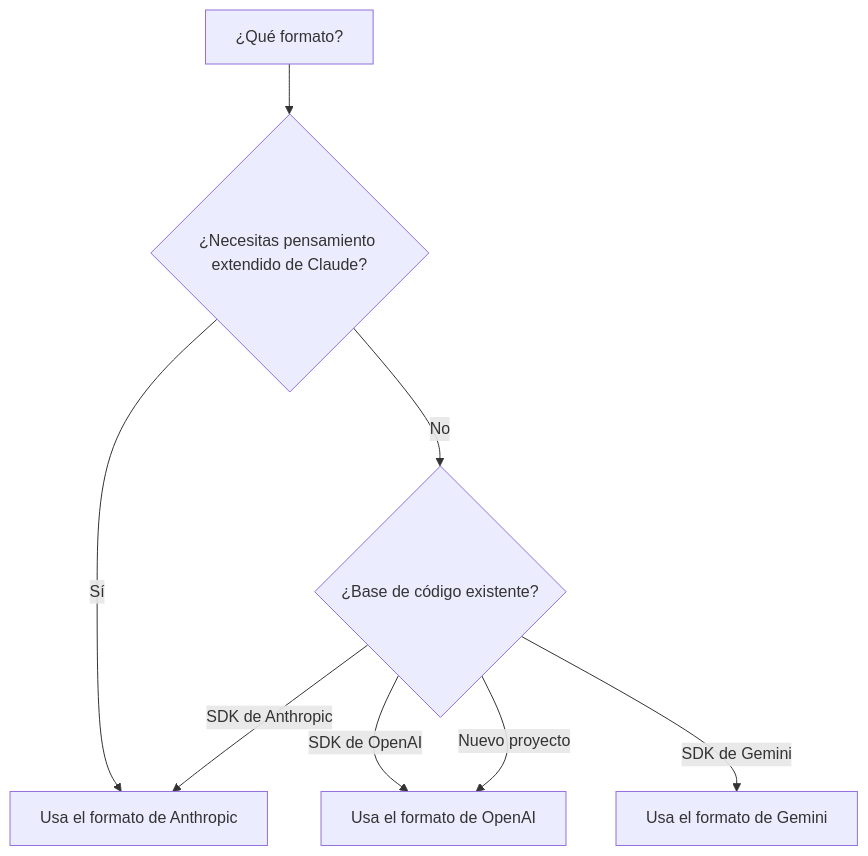
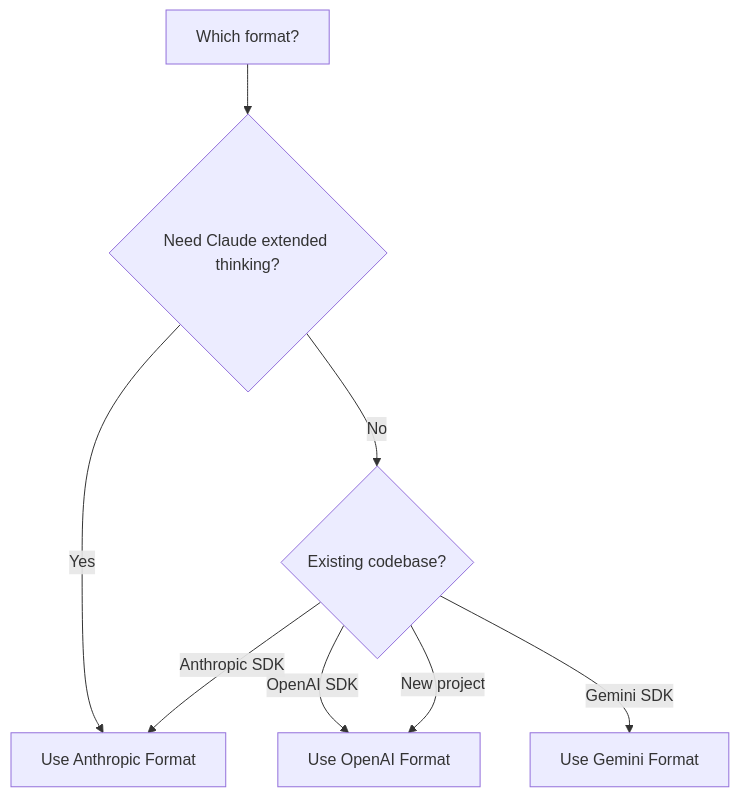
Before and after one commit to hedging8563/lemondata-docs: the diagram in es/guides/api-formats.mdx, drawn with Mermaid. The commit also changed other lines of this file and 428 other files, not shown here.

````diff
--- a/es/guides/api-formats.mdx
+++ b/es/guides/api-formats.mdx
@@ -159,10 +159,10 @@
 ```mermaid
 graph TD
-    A[¿Qué formato?] --> B{¿Necesitas pensamiento extendido de Claude?}
-    B -->|Sí| C[Usa el formato de Anthropic]
-    B -->|No| D{¿Base de código existente?}
-    D -->|SDK de OpenAI| E[Usa el formato de OpenAI]
-    D -->|SDK de Anthropic| C
-    D -->|SDK de Gemini| F[Usa el formato de Gemini]
-    D -->|Nuevo proyecto| E
+    A[Which format?] --> B{Need Claude extended thinking?}
+    B -->|Yes| C[Use Anthropic Format]
+    B -->|No| D{Existing codebase?}
+    D -->|OpenAI SDK| E[Use OpenAI Format]
+    D -->|Anthropic SDK| C
+    D -->|Gemini SDK| F[Use Gemini Format]
+    D -->|New project| E
 ```
````
